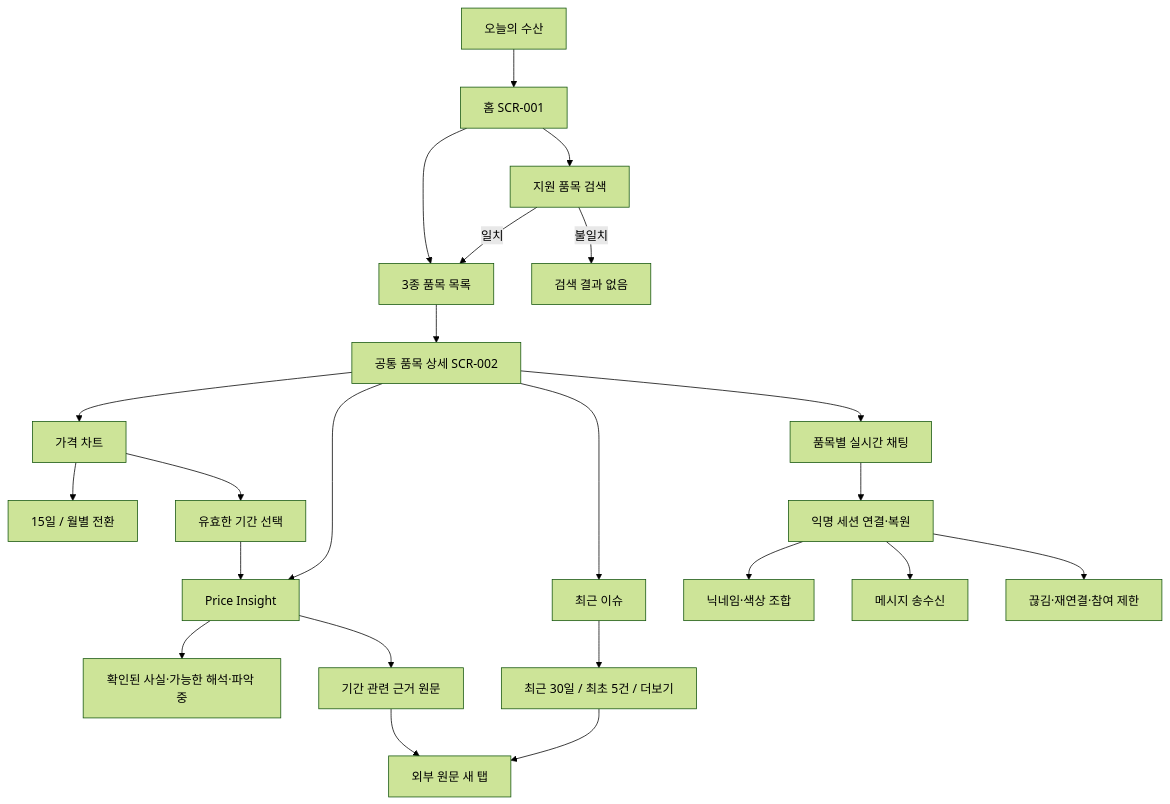
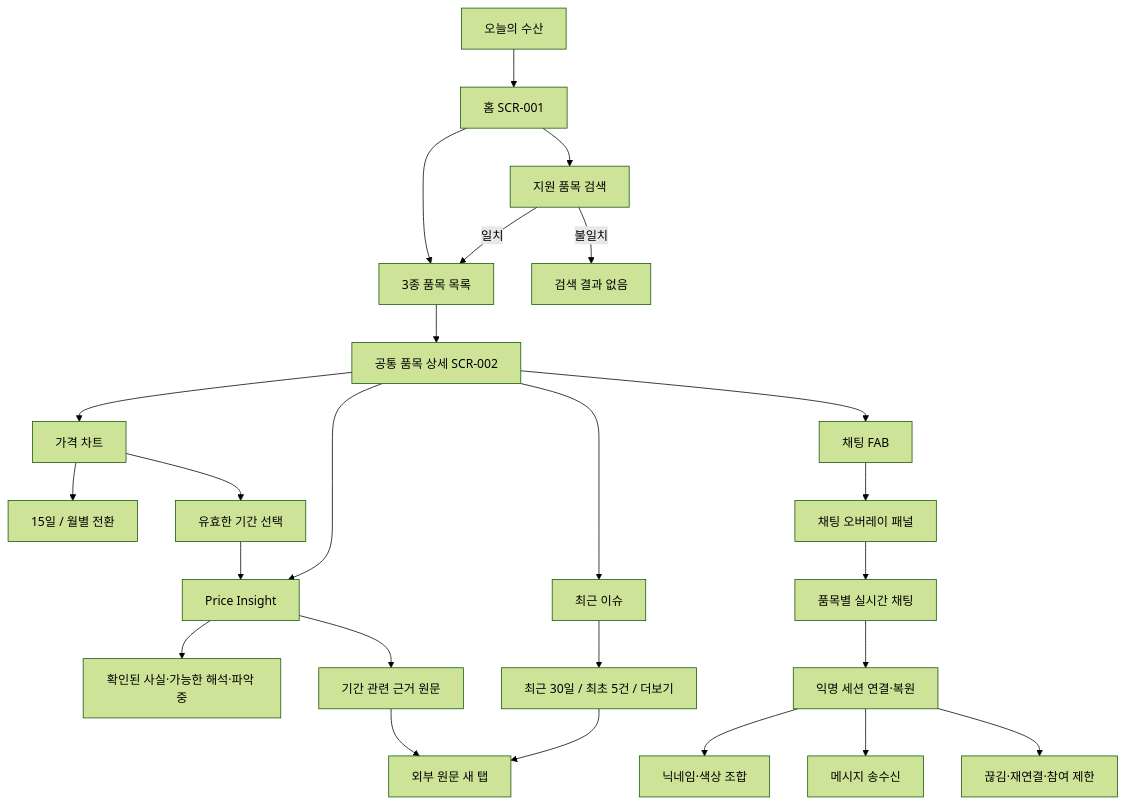
The first of 7 diagrams in MVP/product/ux/UX-001-사용자-흐름-및-정보-구조.md (today-fish/today-fish-docs), drawn with Mermaid (forest theme) before and after one commit. The commit also changed other lines of this file and 5 other files, not shown here.

First line of the commit message:
docs: 실시간 채팅 FAB 전환 및 UX 문서 수정

````diff
--- a/MVP/product/ux/UX-001-사용자-흐름-및-정보-구조.md
+++ b/MVP/product/ux/UX-001-사용자-흐름-및-정보-구조.md
@@ -54,25 +54,27 @@
 ```mermaid
 flowchart TD
     A["오늘의 수산"] --> B["홈 SCR-001"]
     B --> C["3종 품목 목록"]
     B --> S["지원 품목 검색"]
     S -->|일치| C
     S -->|불일치| S0["검색 결과 없음"]
     C --> D["공통 품목 상세 SCR-002"]
     D --> P["가격 차트"]
     D --> I["Price Insight"]
     D --> N["최근 이슈"]
-    D --> T["품목별 실시간 채팅"]
+    D --> F["채팅 FAB"]
+    F --> O["채팅 오버레이 패널"]
     P --> P1["15일 / 월별 전환"]
     P --> P2["유효한 기간 선택"]
     P2 --> I
     I --> I1["확인된 사실·가능한 해석·파악 중"]
     I --> I2["기간 관련 근거 원문"]
     N --> N1["최근 30일 / 최초 5건 / 더보기"]
     N1 --> X["외부 원문 새 탭"]
     I2 --> X
+    O --> T["품목별 실시간 채팅"]
     T --> T1["익명 세션 연결·복원"]
     T1 --> T2["닉네임·색상 조합"]
     T1 --> T3["메시지 송수신"]
     T1 --> T4["끊김·재연결·참여 제한"]
 ```
````
